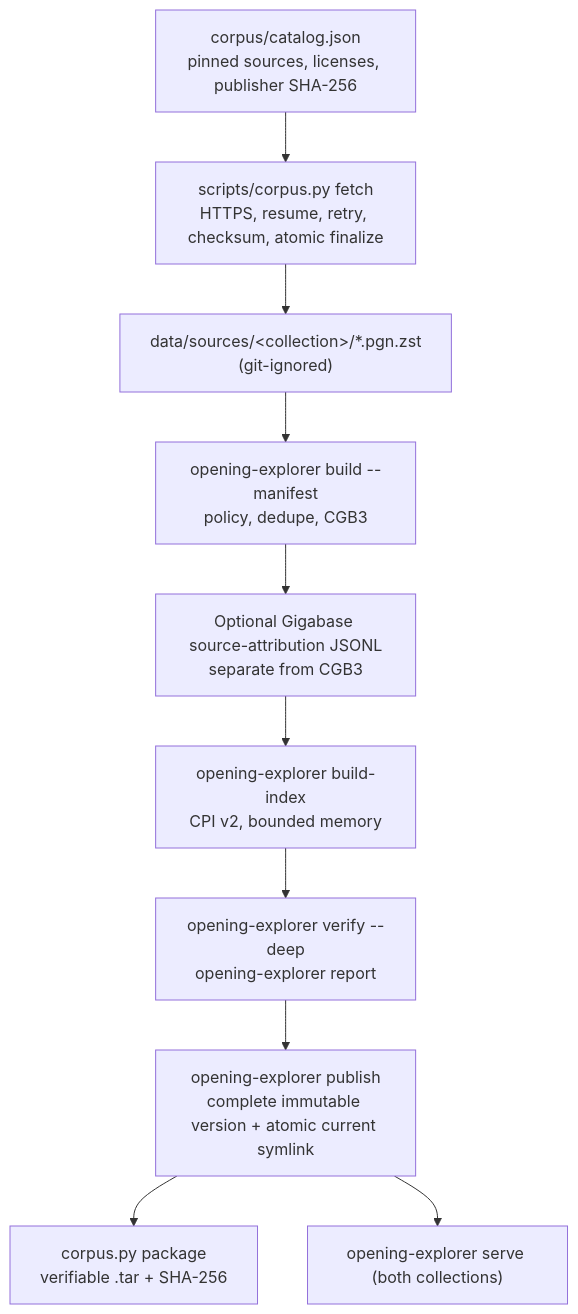
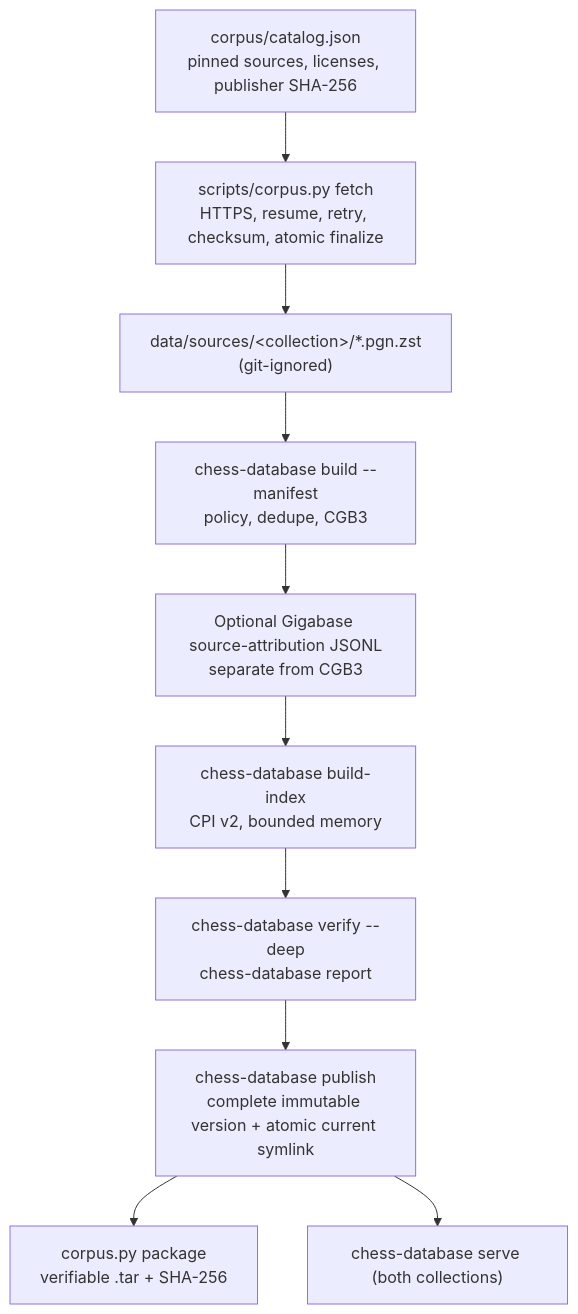
The third of 4 diagrams in docs/ARCHITECTURE.md (Nerver-zip/chess-database-api), drawn with Mermaid before and after one commit. The commit also changed other lines of this file and 96 other files, not shown here.

````diff
--- a/docs/ARCHITECTURE.md
+++ b/docs/ARCHITECTURE.md
@@ -227,12 +235,12 @@
 ```mermaid
 flowchart TD
     CAT["corpus/catalog.json<br/>pinned sources, licenses, publisher SHA-256"] --> FETCH["scripts/corpus.py fetch<br/>HTTPS, resume, retry, checksum, atomic finalize"]
     FETCH --> SRC["data/sources/&lt;collection&gt;/*.pgn.zst<br/>(git-ignored)"]
-    SRC --> BUILD["opening-explorer build --manifest<br/>policy, dedupe, CGB3"]
+    SRC --> BUILD["chess-database build --manifest<br/>policy, dedupe, CGB3"]
     BUILD --> ATTR["Optional Gigabase source-attribution JSONL<br/>separate from CGB3"]
-    ATTR --> INDEX["opening-explorer build-index<br/>CPI v2, bounded memory"]
-    INDEX --> VERIFY["opening-explorer verify --deep<br/>opening-explorer report"]
-    VERIFY --> PUBLISH["opening-explorer publish<br/>complete immutable version + atomic current symlink"]
+    ATTR --> INDEX["chess-database build-index<br/>CPI v2, bounded memory"]
+    INDEX --> VERIFY["chess-database verify --deep<br/>chess-database report"]
+    VERIFY --> PUBLISH["chess-database publish<br/>complete immutable version + atomic current symlink"]
     PUBLISH --> PKG["corpus.py package<br/>verifiable .tar + SHA-256"]
-    PUBLISH --> SERVE["opening-explorer serve (both collections)"]
+    PUBLISH --> SERVE["chess-database serve (both collections)"]
 ```
````
